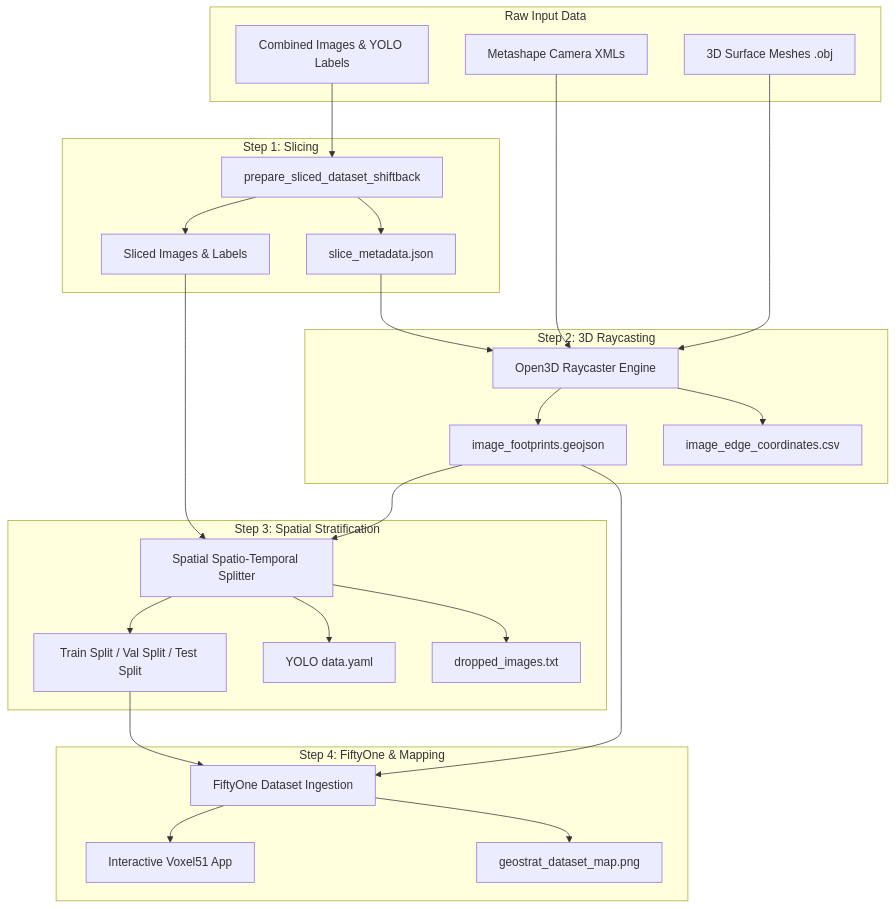
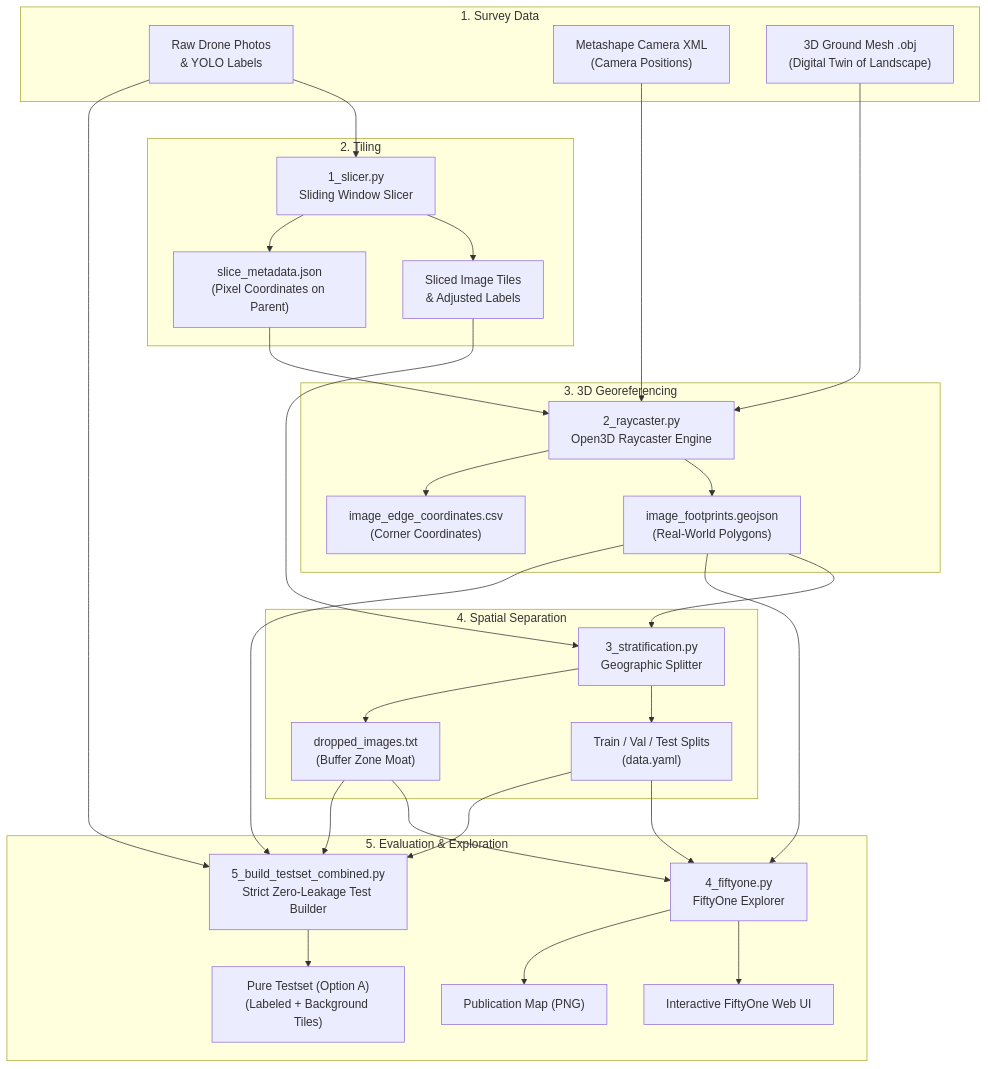
Before and after one commit to Brezemil/_trainer_dataset_prep: the diagram in README.md, drawn with Mermaid. The commit also changed other lines of this file and 23 other files, not shown here.

````diff
--- a/README.md
+++ b/README.md
@@ -20,40 +27,44 @@
 ```mermaid
 graph TD
-    %% Define inputs
-    subgraph Raw Input Data
-        A1[Combined Images & YOLO Labels]
-        A2[Metashape Camera XMLs]
-        A3[3D Surface Meshes .obj]
+    %% Inputs
+    subgraph Inputs ["1. Survey Data"]
+        RawPhotos["Raw Drone Photos<br/>& YOLO Labels"]
+        MetaXML["Metashape Camera XML<br/>(Camera Positions)"]
+        Mesh3D["3D Ground Mesh .obj<br/>(Digital Twin of Landscape)"]
     end
 
-    %% Pipeline Steps
-    subgraph Step 1: Slicing
-        B1[prepare_sliced_dataset_shiftback] --> B2[Sliced Images & Labels]
-        B1 --> B3[slice_metadata.json]
+    %% Processing
+    subgraph Slicing ["2. Tiling"]
+        S1["1_slicer.py<br/>Sliding Window Slicer"]
+        S1 --> Slices["Sliced Image Tiles<br/>& Adjusted Labels"]
+        S1 --> MetaJSON["slice_metadata.json<br/>(Pixel Coordinates on Parent)"]
     end
 
-    subgraph Step 2: 3D Raycasting
-        C1[Open3D Raycaster Engine] --> C2[image_footprints.geojson]
-        C1 --> C3[image_edge_coordinates.csv]
+    subgraph Raycasting ["3. 3D Georeferencing"]
+        R1["2_raycaster.py<br/>Open3D Raycaster Engine"]
+        R1 --> GeoJSON["image_footprints.geojson<br/>(Real-World Polygons)"]
+        R1 --> EdgeCSV["image_edge_coordinates.csv<br/>(Corner Coordinates)"]
     end
 
-    subgraph Step 3: Spatial Stratification
-        D1[Spatial Spatio-Temporal Splitter] --> D2[Train Split / Val Split / Test Split]
-        D1 --> D3[YOLO data.yaml]
-        D1 --> D4[dropped_images.txt]
+    subgraph Stratification ["4. Spatial Separation"]
+        T1["3_stratification.py<br/>Geographic Splitter"]
+        T1 --> Splits["Train / Val / Test Splits<br/>(data.yaml)"]
+        T1 --> DroppedLog["dropped_images.txt<br/>(Buffer Zone Moat)"]
     end
 
-    subgraph Step 4: FiftyOne & Mapping
-        E1[FiftyOne Dataset Ingestion] --> E2[Interactive Voxel51 App]
-        E1 --> E3[geostrat_dataset_map.png]
+    subgraph EvaluationPrep ["5. Evaluation & Exploration"]
+        E1["4_fiftyone.py<br/>FiftyOne Explorer"]
+        E1 --> FOApp["Interactive FiftyOne Web UI"]
+        E1 --> SplitMap["Publication Map (PNG)"]
+        
+        P1["5_build_testset_combined.py<br/>Strict Zero-Leakage Test Builder"]
+        P1 --> PureTest["Pure Testset (Option A)<br/>(Labeled + Background Tiles)"]
     end
 
-    %% Connections
-    A1 --> B1
-    B3 --> C1
-    A2 & A3 --> C1
-    C2 --> D1
-    B2 --> D1
-    D2 --> E1
-    C2 --> E1
+    %% Workflow connections
+    RawPhotos --> S1
+    MetaJSON & MetaXML & Mesh3D --> R1
+    GeoJSON & Slices --> T1
+    Splits & GeoJSON & DroppedLog --> E1
+    Splits & GeoJSON & DroppedLog & RawPhotos --> P1
 ```
````
